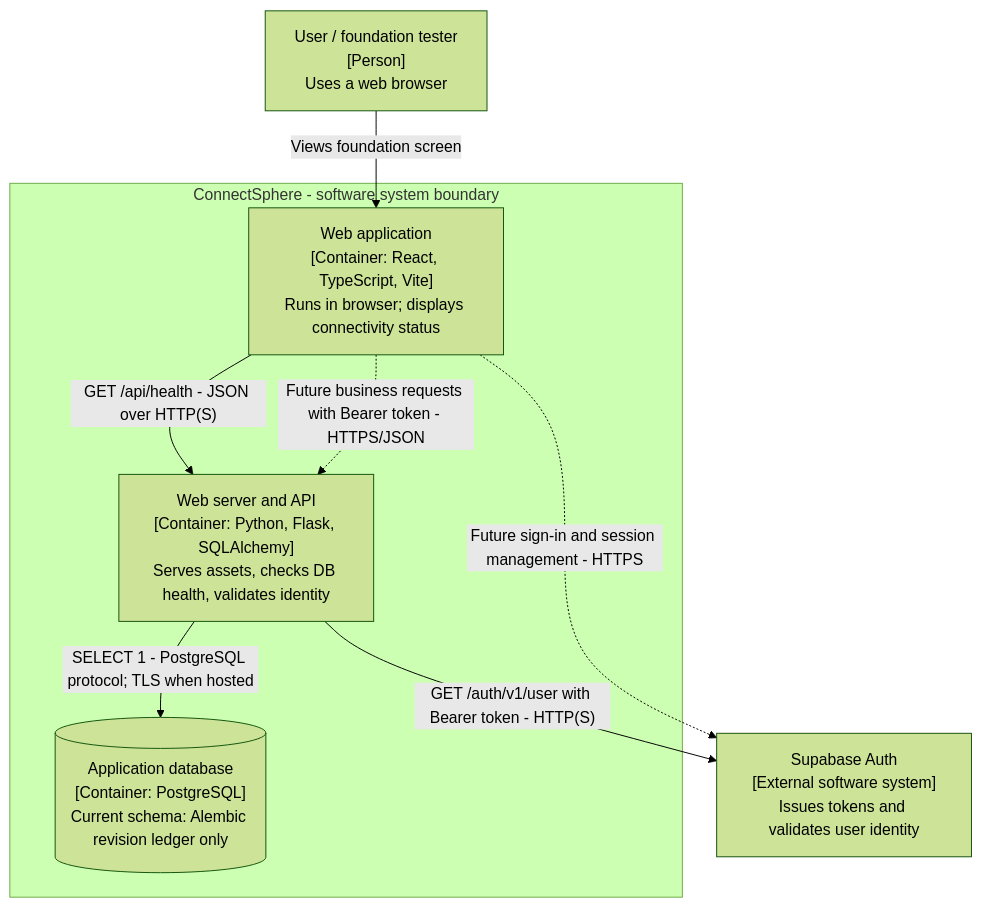
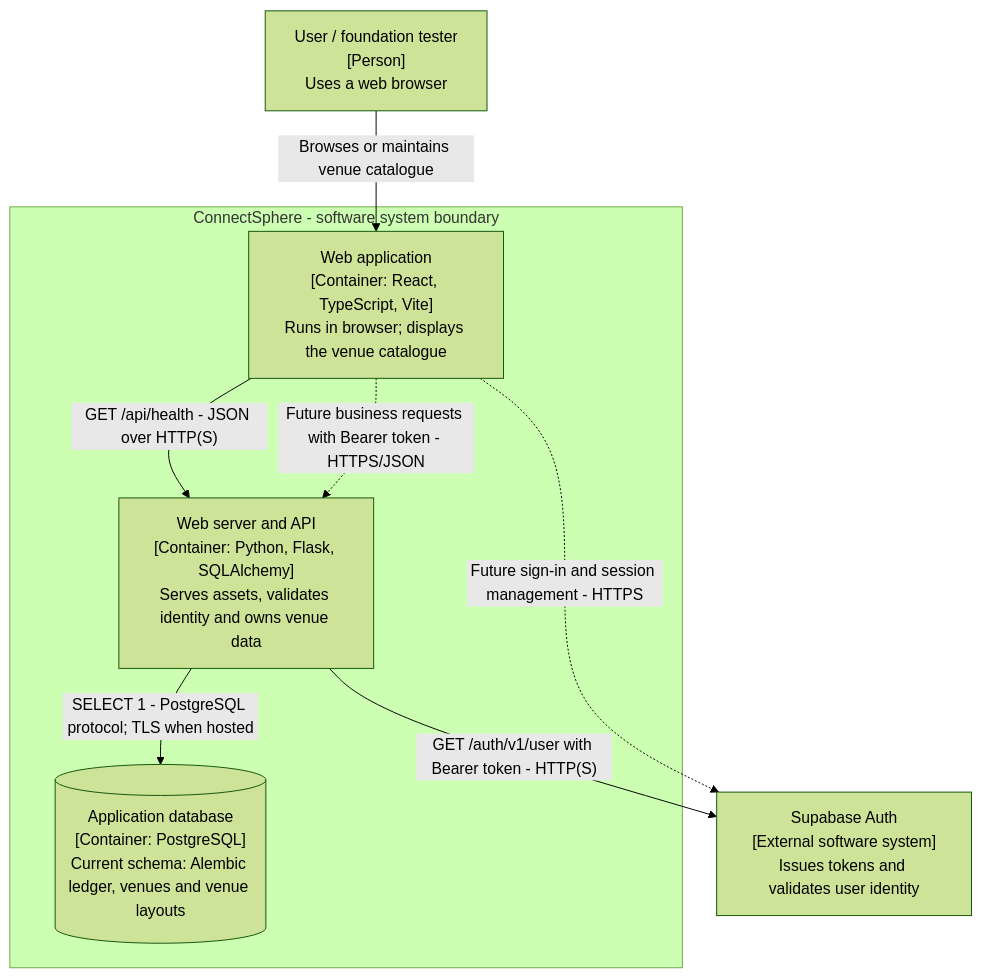
One commit to Ryan-Lee-2000/ConnectSphere changed the second of 4 diagrams in docs/architecture/c4.md. Above: the diagram before and after it, drawn with Mermaid (forest theme). The commit also changed other lines of this file and 27 other files, not shown here.

Commit message:
feat: implement Sprint 1 venue catalogue

````diff
--- a/docs/architecture/c4.md
+++ b/docs/architecture/c4.md
@@ -57,16 +57,16 @@
 ```mermaid
 flowchart TB
   user["User / foundation tester<br/>[Person]<br/>Uses a web browser"]
   subgraph cs["ConnectSphere - software system boundary"]
-    web["Web application<br/>[Container: React, TypeScript, Vite]<br/>Runs in browser; displays connectivity status"]
-    api["Web server and API<br/>[Container: Python, Flask, SQLAlchemy]<br/>Serves assets, checks DB health, validates identity"]
-    db[("Application database<br/>[Container: PostgreSQL]<br/>Current schema: Alembic revision ledger only")]
+    web["Web application<br/>[Container: React, TypeScript, Vite]<br/>Runs in browser; displays the venue catalogue"]
+    api["Web server and API<br/>[Container: Python, Flask, SQLAlchemy]<br/>Serves assets, validates identity and owns venue data"]
+    db[("Application database<br/>[Container: PostgreSQL]<br/>Current schema: Alembic ledger, venues and venue layouts")]
   end
   auth["Supabase Auth<br/>[External software system]<br/>Issues tokens and validates user identity"]
-  user -->|"Views foundation screen"| web
+  user -->|"Browses or maintains venue catalogue"| web
   web -->|"GET /api/health - JSON over HTTP(S)"| api
   api -->|"SELECT 1 - PostgreSQL protocol; TLS when hosted"| db
   api -->|"GET /auth/v1/user with Bearer token - HTTP(S)"| auth
   web -.->|"Future sign-in and session management - HTTPS"| auth
   web -.->|"Future business requests with Bearer token - HTTPS/JSON"| api
 ```
````
